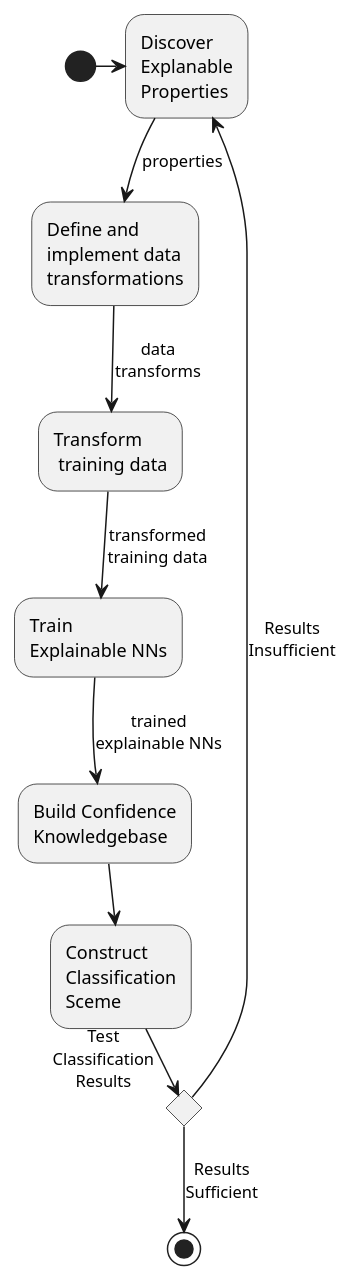
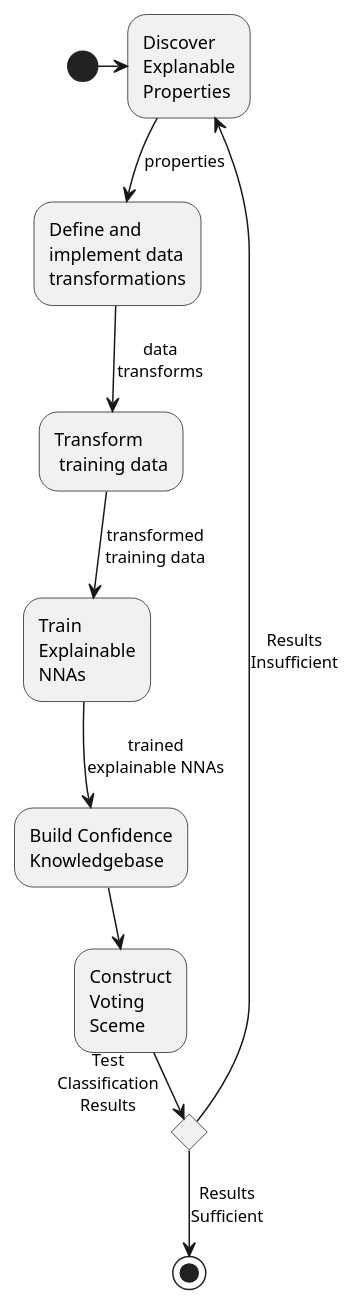
One commit to paulwhitten/2021-naecon-xai_methdology_for_handwritten_applications changed the diagram in xai-approach0.puml. Above: the diagram before and after it, drawn with PlantUML. The commit also changed 5 other files, not shown here.

```diff
--- a/xai-approach0.puml
+++ b/xai-approach0.puml
@@ -1,14 +1,14 @@
 @startuml
 
 (*) -> "Discover\nExplanable\nProperties" as d
 --> [properties] "Define and\nimplement data\ntransformations"
 --> [data\ntransforms] "Transform\n training data"
---> [transformed\ntraining data] "Train\nExplainable NNs"
---> [trained\nexplainable NNs] "Build Confidence\nKnowledgebase"
---> "Construct\nClassification\nSceme"
+--> [transformed\ntraining data] "Train\nExplainable\nNNAs"
+--> [trained\nexplainable NNAs] "Build Confidence\nKnowledgebase"
+--> "Construct\nVoting\nSceme"
 if "Test\nClassification\nResults" then
  --> [Results\nSufficient] (*)
 else 
  --> [Results\nInsufficient] d
 
 @enduml
```
